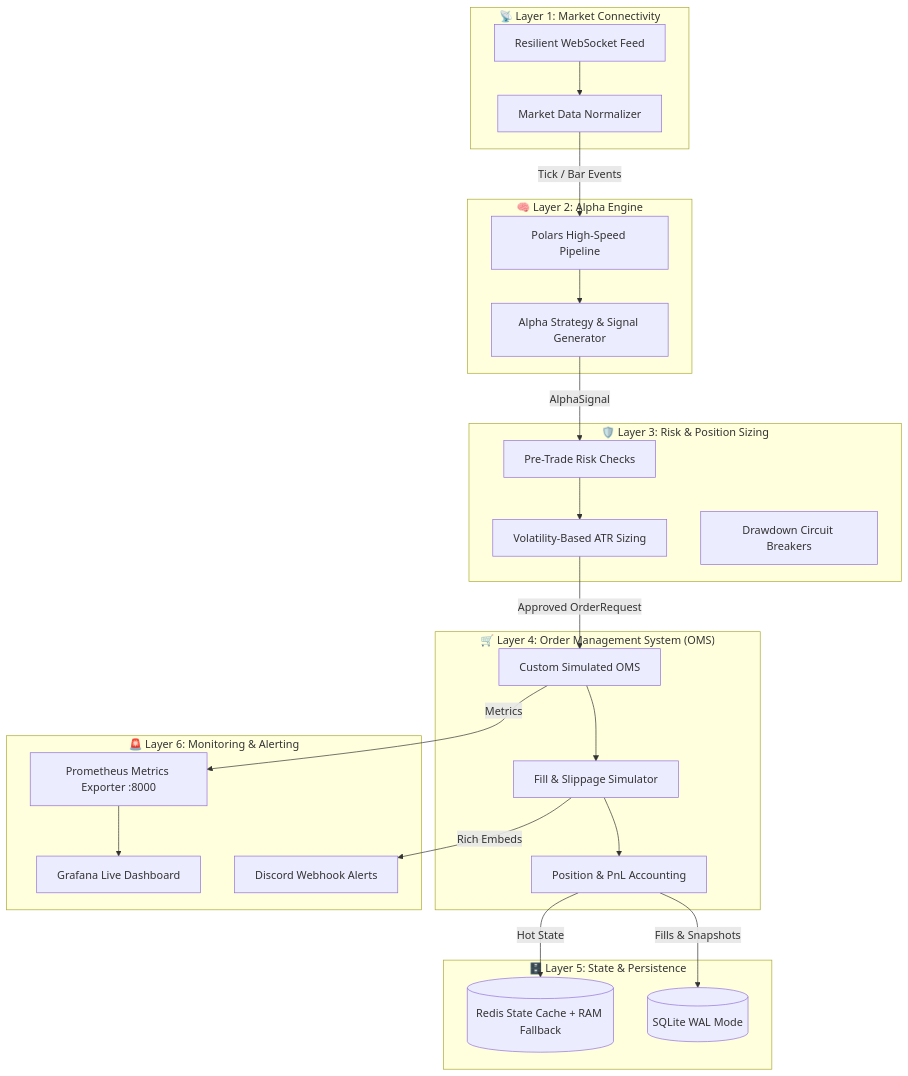
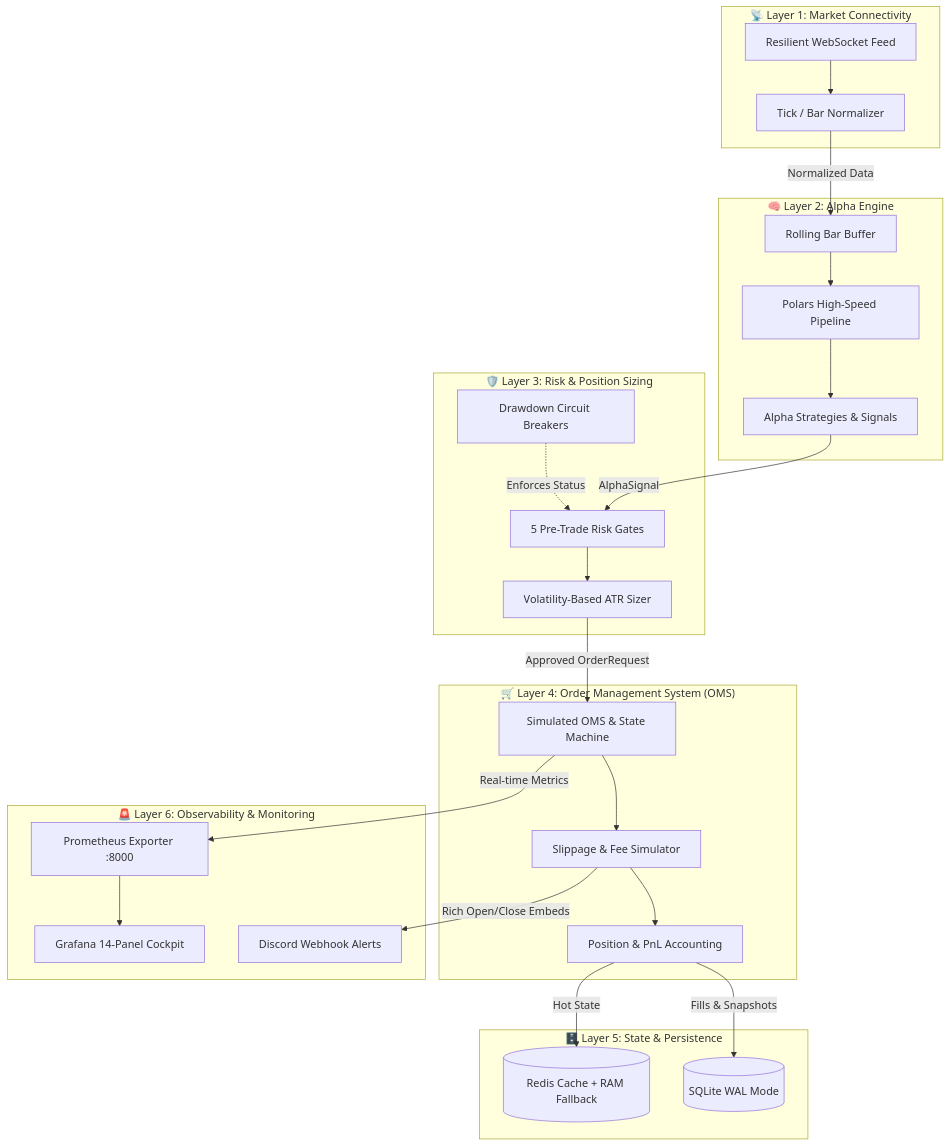
The diagram in README.md (NawapatThumthaisong97/MultiQuant), drawn with Mermaid before and after one commit. The commit also changed other lines of this file and 1 other file, not shown here.

````diff
--- a/README.md
+++ b/README.md
@@ -14,49 +33,52 @@
 ```mermaid
 graph TD
     subgraph L1 ["📡 Layer 1: Market Connectivity"]
         WS[Resilient WebSocket Feed]
-        Parser[Market Data Normalizer]
+        Parser[Tick / Bar Normalizer]
     end
 
     subgraph L2 ["🧠 Layer 2: Alpha Engine"]
+        Buffer[Rolling Bar Buffer]
         PolarsPipe[Polars High-Speed Pipeline]
-        Signals[Alpha Strategy & Signal Generator]
+        Signals[Alpha Strategies & Signals]
     end
 
     subgraph L3 ["🛡️ Layer 3: Risk & Position Sizing"]
-        RiskManager[Pre-Trade Risk Checks]
-        ATRSizer[Volatility-Based ATR Sizing]
-        DDGuard[Drawdown Circuit Breakers]
+        RiskGates[5 Pre-Trade Risk Gates]
+        ATRSizer[Volatility-Based ATR Sizer]
+        CircuitBreaker[Drawdown Circuit Breakers]
     end
 
     subgraph L4 ["🛒 Layer 4: Order Management System (OMS)"]
-        OMSEngine[Custom Simulated OMS]
-        SlippageModel[Fill & Slippage Simulator]
+        OMSEngine[Simulated OMS & State Machine]
+        ExecSim[Slippage & Fee Simulator]
         Tracker[Position & PnL Accounting]
     end
 
     subgraph L5 ["🗄️ Layer 5: State & Persistence"]
         SQLiteDB[(SQLite WAL Mode)]
-        RedisCache[(Redis State Cache + RAM Fallback)]
+        RedisCache[(Redis Cache + RAM Fallback)]
     end
 
-    subgraph L6 ["🚨 Layer 6: Monitoring & Alerting"]
+    subgraph L6 ["🚨 Layer 6: Observability & Monitoring"]
         Discord[Discord Webhook Alerts]
-        Prometheus[Prometheus Metrics Exporter :8000]
-        Grafana[Grafana Live Dashboard]
+        Prometheus[Prometheus Exporter :8000]
+        Grafana[Grafana 14-Panel Cockpit]
     end
 
     WS --> Parser
-    Parser -->|Tick / Bar Events| PolarsPipe
+    Parser -->|Normalized Data| Buffer
+    Buffer --> PolarsPipe
     PolarsPipe --> Signals
-    Signals -->|AlphaSignal| RiskManager
-    RiskManager --> ATRSizer
+    Signals -->|AlphaSignal| RiskGates
+    RiskGates --> ATRSizer
+    CircuitBreaker -.->|Enforces Status| RiskGates
     ATRSizer -->|Approved OrderRequest| OMSEngine
-    OMSEngine --> SlippageModel
-    SlippageModel --> Tracker
+    OMSEngine --> ExecSim
+    ExecSim --> Tracker
     Tracker -->|Fills & Snapshots| SQLiteDB
     Tracker -->|Hot State| RedisCache
-    SlippageModel -->|Rich Embeds| Discord
-    OMSEngine -->|Metrics| Prometheus
+    ExecSim -->|Rich Open/Close Embeds| Discord
+    OMSEngine -->|Real-time Metrics| Prometheus
     Prometheus --> Grafana
 ```
````
